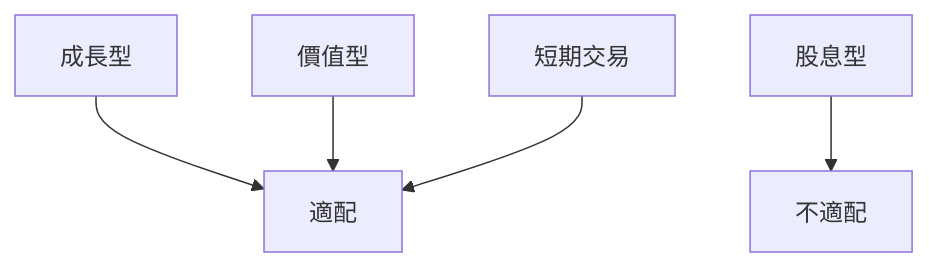
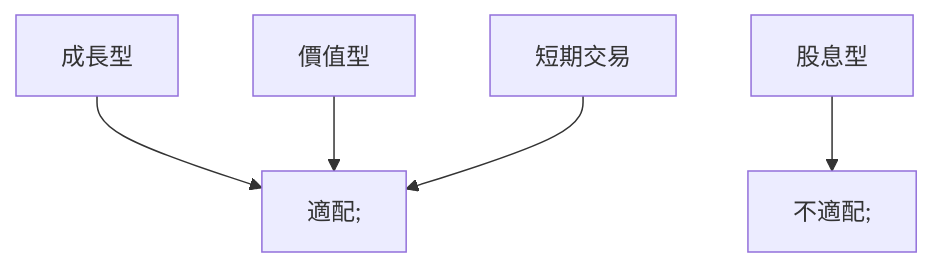
One commit to yennanliu/finance_data changed diagram 11 of 11 in ai_gen_report/stock/goog/fundamental_analysis_2026-03-23_openai.md. Above: the diagram before and after it, drawn with Mermaid. The commit also changed other lines of this file and 2258 other files, not shown here.

First line of the commit message:
chore: backfill Mermaid syntax repair across existing reports

````diff
--- a/ai_gen_report/stock/goog/fundamental_analysis_2026-03-23_openai.md
+++ b/ai_gen_report/stock/goog/fundamental_analysis_2026-03-23_openai.md
@@ -325,7 +325,7 @@
 ```mermaid
 graph TD;
-    成長型-->適配;
-    價值型-->適配;
-    股息型-->不適配;
-    短期交易-->適配;
+    成長型 --> nb1["適配;"]
+    價值型 --> nb1["適配;"]
+    股息型 --> nb2["不適配;"]
+    短期交易 --> nb1["適配;"]
 ```
````
